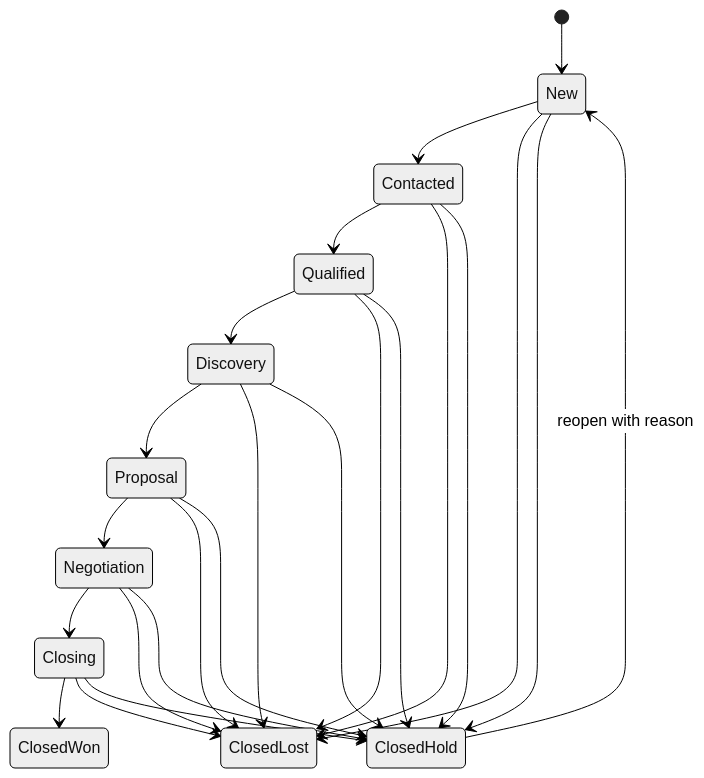
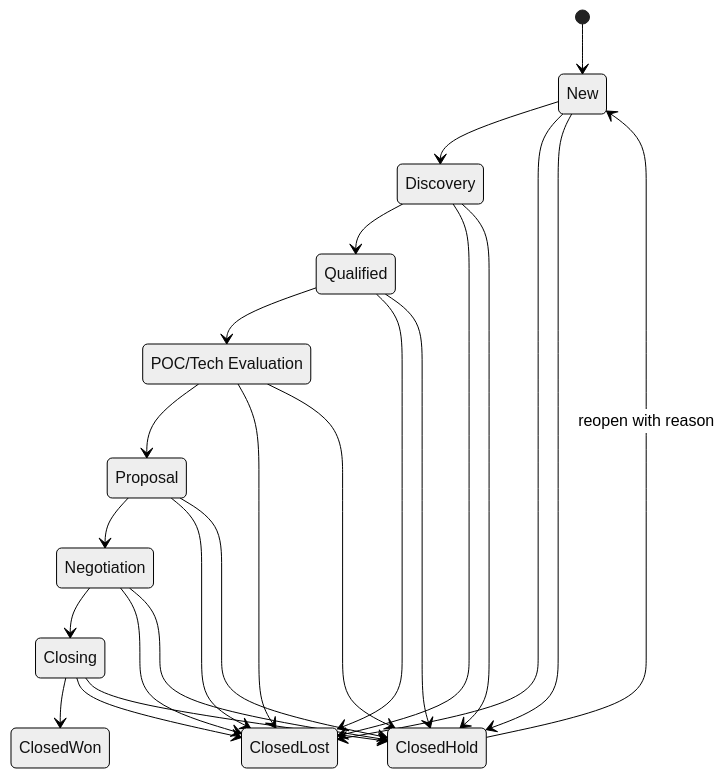
One commit to devsatishvarma/fluxcrm changed the third of 3 diagrams in architecture-MVP-spec.md. Above: the diagram before and after it, drawn with Mermaid (neutral theme). The commit also changed other lines of this file and 176 other files, not shown here.

````diff
--- a/architecture-MVP-spec.md
+++ b/architecture-MVP-spec.md
@@ -172,26 +172,27 @@
 ```mermaid
 stateDiagram-v2
   [*] --> New
-  New --> Contacted
-  Contacted --> Qualified
-  Qualified --> Discovery
-  Discovery --> Proposal
+  New --> Discovery
+  Discovery --> Qualified
+  state "POC/Tech Evaluation" as POCTech
+  Qualified --> POCTech
+  POCTech --> Proposal
   Proposal --> Negotiation
   Negotiation --> Closing
   Closing --> ClosedWon
   New --> ClosedLost
-  Contacted --> ClosedLost
+  Discovery --> ClosedLost
   Qualified --> ClosedLost
-  Discovery --> ClosedLost
+  POCTech --> ClosedLost
   Proposal --> ClosedLost
   Negotiation --> ClosedLost
   Closing --> ClosedLost
   New --> ClosedHold
-  Contacted --> ClosedHold
+  Discovery --> ClosedHold
   Qualified --> ClosedHold
-  Discovery --> ClosedHold
+  POCTech --> ClosedHold
   Proposal --> ClosedHold
   Negotiation --> ClosedHold
   Closing --> ClosedHold
   ClosedHold --> New: reopen with reason
 ```
````
